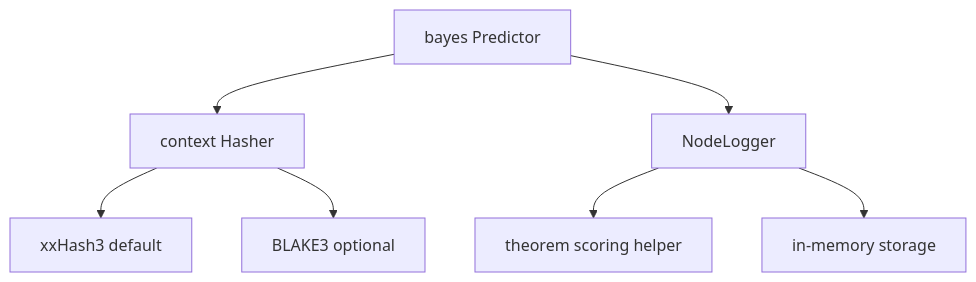
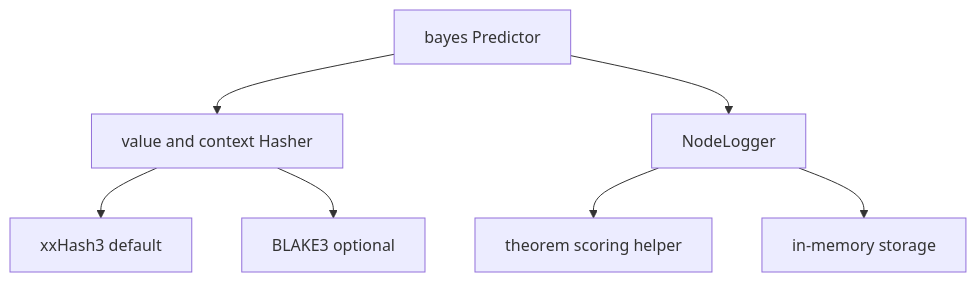
Before and after one commit to KEINOS/go-bayes: the diagram in .github/CONTRIBUTING.md, drawn with Mermaid. The commit also changed other lines of this file and 19 other files, not shown here.

Commit message:
refactor: unify value and context hashing

````diff
--- a/.github/CONTRIBUTING.md
+++ b/.github/CONTRIBUTING.md
@@ -41,9 +40,9 @@
 ```mermaid
 flowchart TD
-    A[bayes Predictor] --> B[context Hasher]
+    A[bayes Predictor] --> B[value and context Hasher]
     A --> C[NodeLogger]
     C --> D[theorem scoring helper]
     B --> E[xxHash3 default]
     B --> F[BLAKE3 optional]
     C --> G[in-memory storage]
 ```
````
